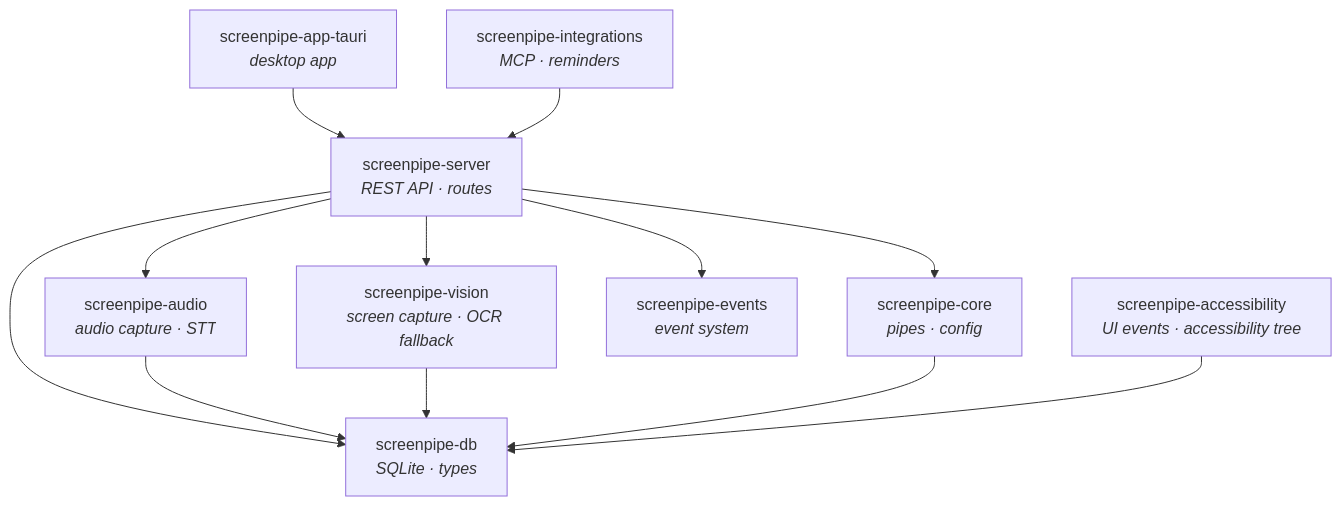
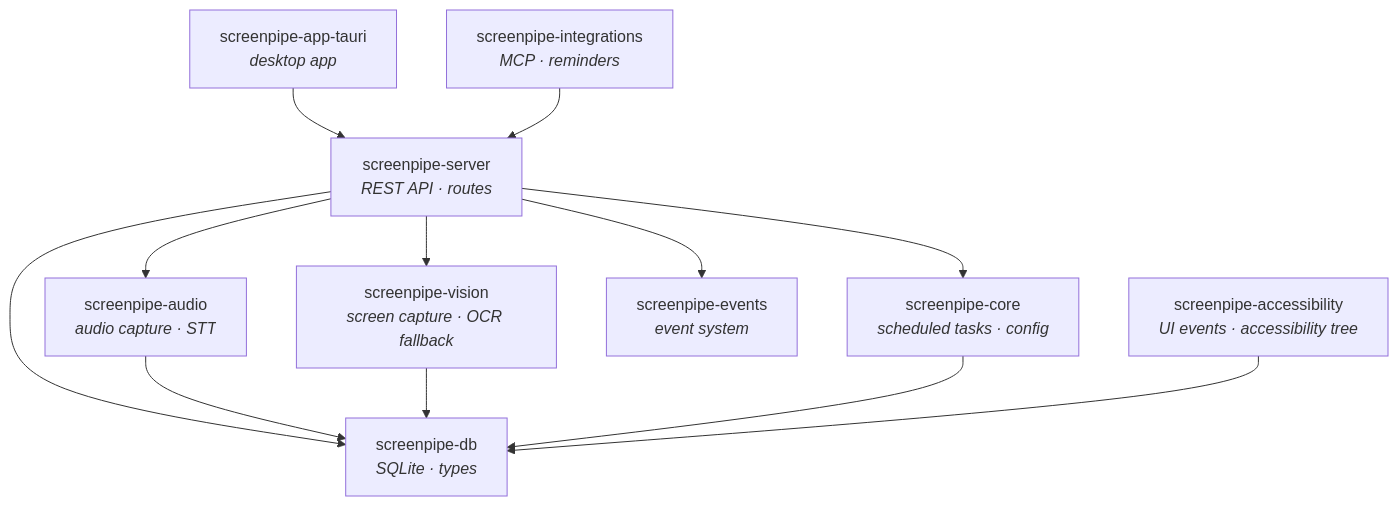
The third of 4 diagrams in docs/mintlify/docs-mintlify-mig-tmp/architecture.mdx (EzraEllette/screenpipe), drawn with Mermaid before and after one commit. The commit also changed other lines of this file and 58 other files, not shown here.

Commit message:
docs: replace retired pipe branding with scheduled tasks (#7061)

````diff
--- a/docs/mintlify/docs-mintlify-mig-tmp/architecture.mdx
+++ b/docs/mintlify/docs-mintlify-mig-tmp/architecture.mdx
@@ -103,24 +103,24 @@
 ```mermaid
 graph TD
     APP[screenpipe-app-tauri<br/><i>desktop app</i>]
     SERVER[screenpipe-server<br/><i>REST API · routes</i>]
     DB[screenpipe-db<br/><i>SQLite · types</i>]
     VISION[screenpipe-vision<br/><i>screen capture · OCR fallback</i>]
     AUDIO[screenpipe-audio<br/><i>audio capture · STT</i>]
-    CORE[screenpipe-core<br/><i>pipes · config</i>]
+    CORE[screenpipe-core<br/><i>scheduled tasks · config</i>]
     EVENTS[screenpipe-events<br/><i>event system</i>]
     A11Y[screenpipe-accessibility<br/><i>UI events · accessibility tree</i>]
     INT[screenpipe-integrations<br/><i>MCP · reminders</i>]
 
     APP --> SERVER
     SERVER --> DB
     SERVER --> VISION
     SERVER --> AUDIO
     SERVER --> CORE
     SERVER --> EVENTS
     AUDIO --> DB
     VISION --> DB
     CORE --> DB
     A11Y --> DB
     INT --> SERVER
 ```
````
